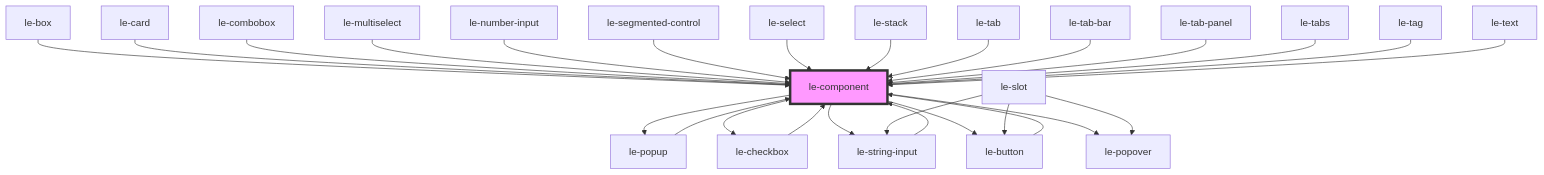
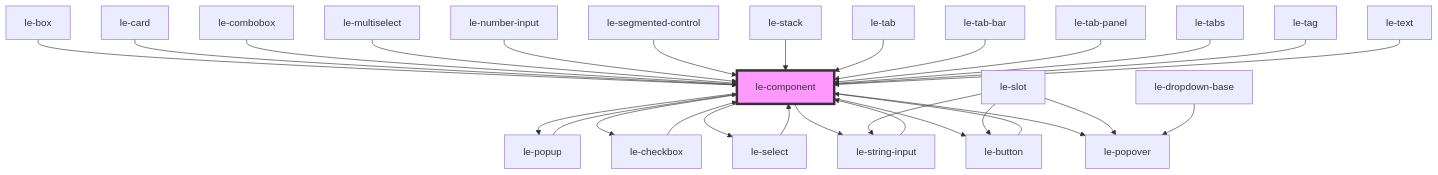
One commit to leechy/le-kit changed the diagram in src/components/le-component/readme.md. Above: the diagram before and after it, drawn with Mermaid. The commit also changed other lines of this file and 25 other files, not shown here.

Commit message:
Fix for the <le-popover> to have nested popovers (like <le-select>

````diff
--- a/src/components/le-component/readme.md
+++ b/src/components/le-component/readme.md
@@ -81,30 +82,32 @@
 ```mermaid
 graph TD;
   le-component --> le-button
+  le-component --> le-select
   le-component --> le-checkbox
   le-component --> le-string-input
   le-component --> le-popover
   le-component --> le-popup
   le-button --> le-component
   le-slot --> le-popover
   le-slot --> le-button
   le-slot --> le-string-input
   le-string-input --> le-component
+  le-select --> le-component
+  le-dropdown-base --> le-popover
   le-checkbox --> le-component
   le-popup --> le-component
   le-box --> le-component
   le-card --> le-component
   le-combobox --> le-component
   le-multiselect --> le-component
   le-number-input --> le-component
   le-segmented-control --> le-component
-  le-select --> le-component
   le-stack --> le-component
   le-tab --> le-component
   le-tab-bar --> le-component
   le-tab-panel --> le-component
   le-tabs --> le-component
   le-tag --> le-component
   le-text --> le-component
   style le-component fill:#f9f,stroke:#333,stroke-width:4px
 ```
````
